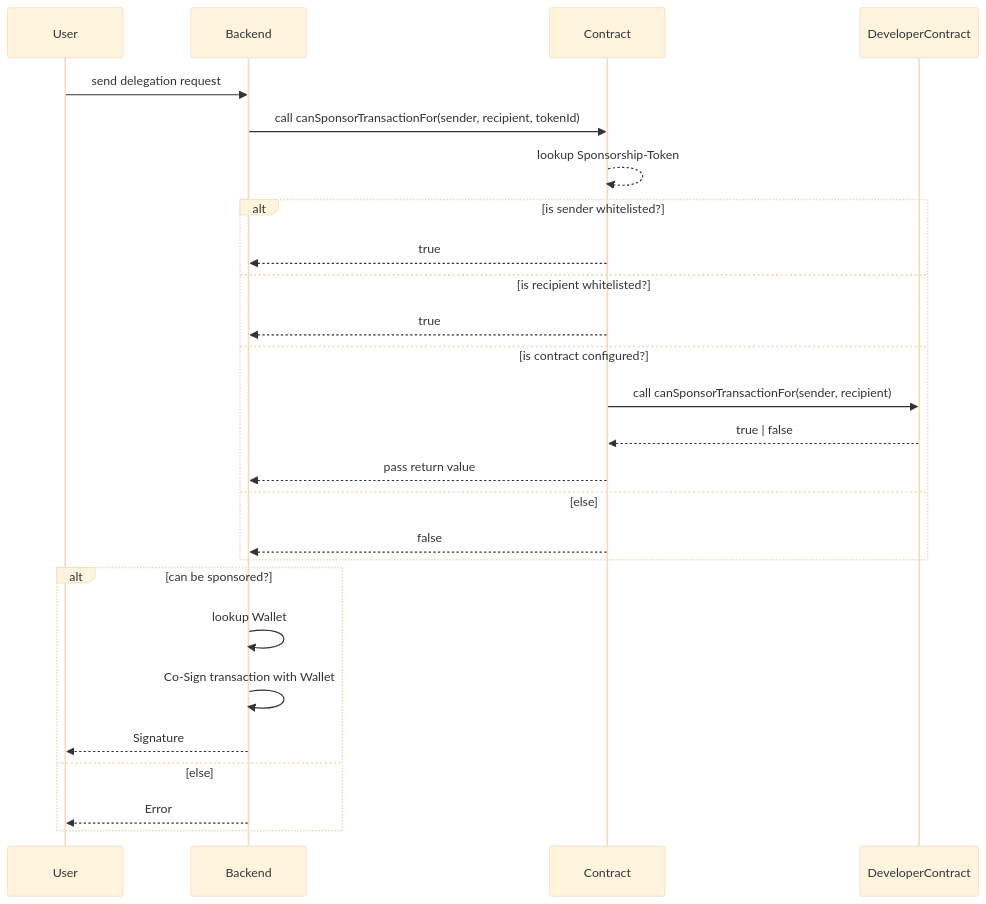
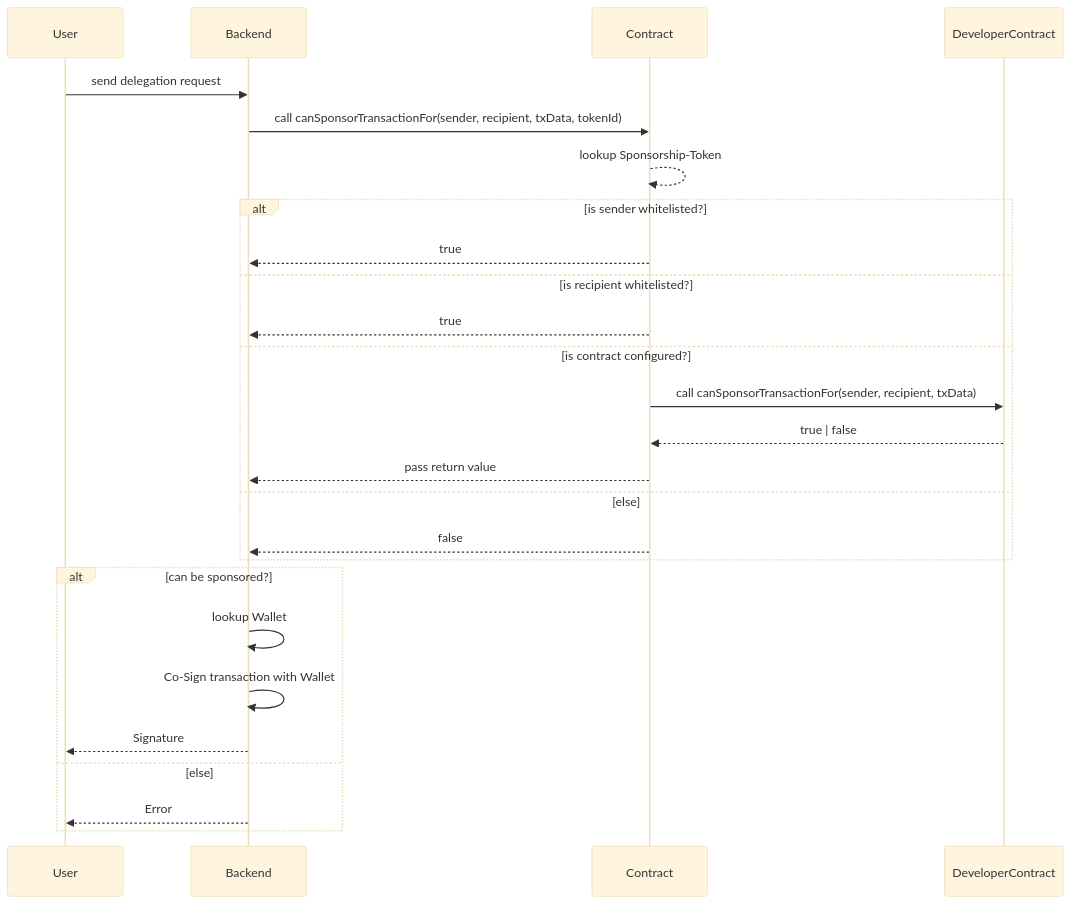
One commit to vechain/grant-program changed the diagram in applications/vechain.energy.md. Above: the diagram before and after it, drawn with Mermaid (base theme). The commit also changed other lines of this file, not shown here.

````diff
--- a/applications/vechain.energy.md
+++ b/applications/vechain.energy.md
@@ -23,30 +22,30 @@
 ```mermaid
 sequenceDiagram
     participant User
     participant Backend
     participant Contract
     participant DeveloperContract
 
     User->>Backend: send delegation request
-    Backend->>Contract: call canSponsorTransactionFor(sender, recipient, tokenId)
+    Backend->>Contract: call canSponsorTransactionFor(sender, recipient, txData, tokenId)
     Contract-->>Contract: lookup Sponsorship-Token
     alt is sender whitelisted?
        Contract-->>Backend: true
     else is recipient whitelisted?
        Contract-->>Backend: true
     else is contract configured?
-       Contract->>DeveloperContract: call canSponsorTransactionFor(sender, recipient)
+       Contract->>DeveloperContract: call canSponsorTransactionFor(sender, recipient, txData)
        DeveloperContract-->>Contract: true | false
        Contract-->>Backend: pass return value
     else else
        Contract-->>Backend: false
     end
 
     alt can be sponsored?
        Backend->>Backend: lookup Wallet
        Backend->>Backend: Co-Sign transaction with Wallet
        Backend-->>User: Signature
     else else
        Backend-->>User: Error
     end
 ```
````
